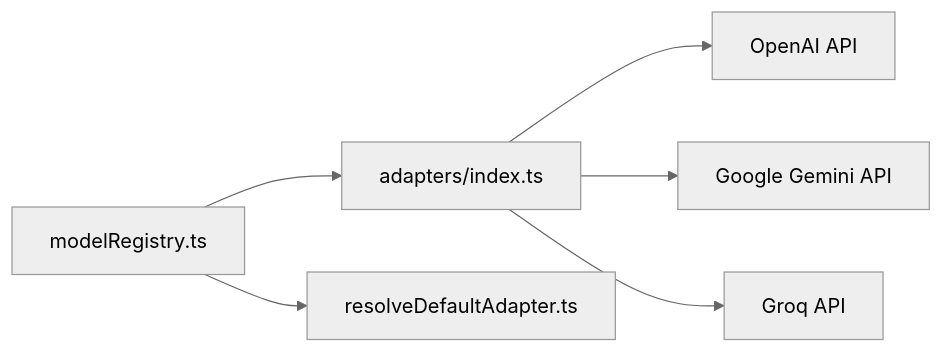
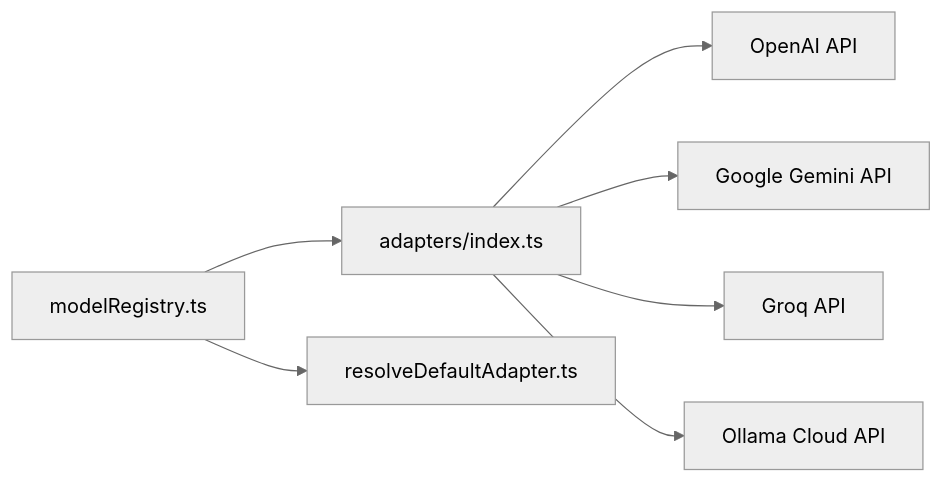
The fourth of 4 diagrams in .qoder/repowiki/en/content/AI Generation Engine/Model Configuration & Selection/Model Registry & Profiles.md (shekhargiri005-dotcom/AI-powered-accessibility-first-UI-engine), drawn with Mermaid (neutral theme) before and after one commit. The commit also changed other lines of this file and 24 other files, not shown here.

````diff
--- a/.qoder/repowiki/en/content/AI Generation Engine/Model Configuration & Selection/Model Registry & Profiles.md
+++ b/.qoder/repowiki/en/content/AI Generation Engine/Model Configuration & Selection/Model Registry & Profiles.md
@@ -260,8 +308,9 @@
 ```mermaid
 graph LR
 MR["modelRegistry.ts"] --> ADIDX["adapters/index.ts"]
 MR --> RESDEF["resolveDefaultAdapter.ts"]
 ADIDX --> OPENAI["OpenAI API"]
 ADIDX --> GOOGLE["Google Gemini API"]
 ADIDX --> GROQ["Groq API"]
+ADIDX --> OLLCLOUD["Ollama Cloud API"]
 ```
````
